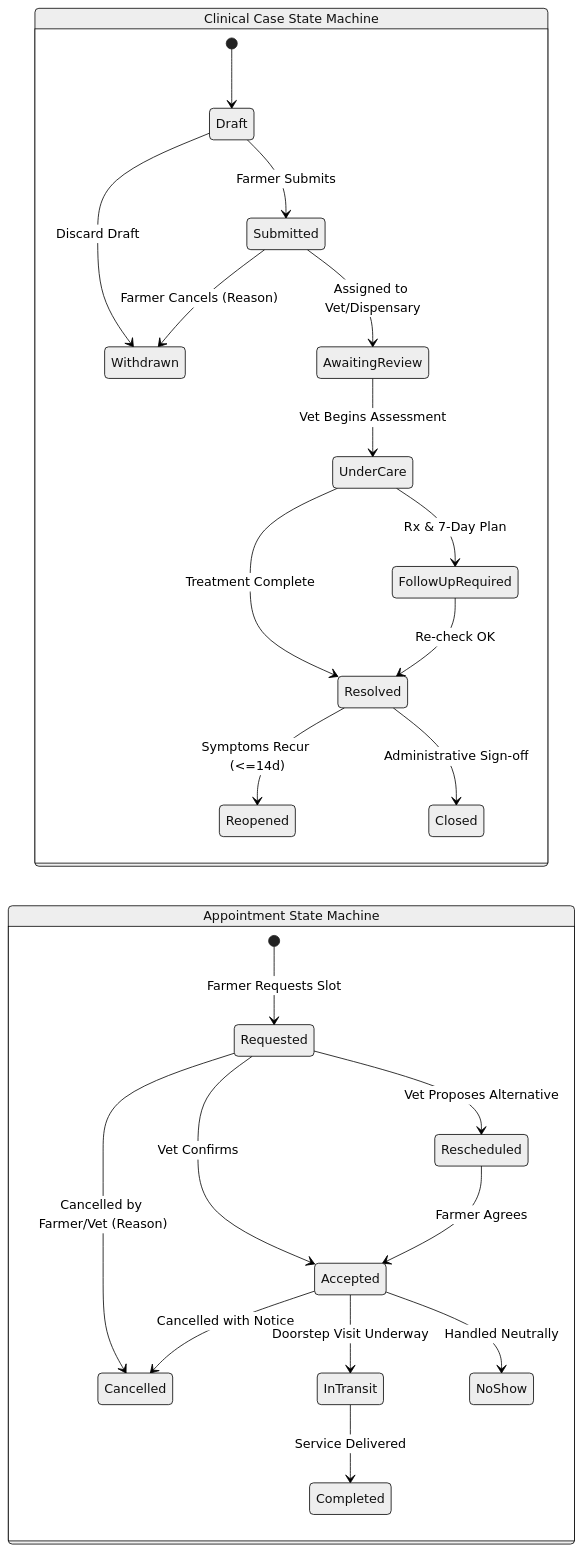
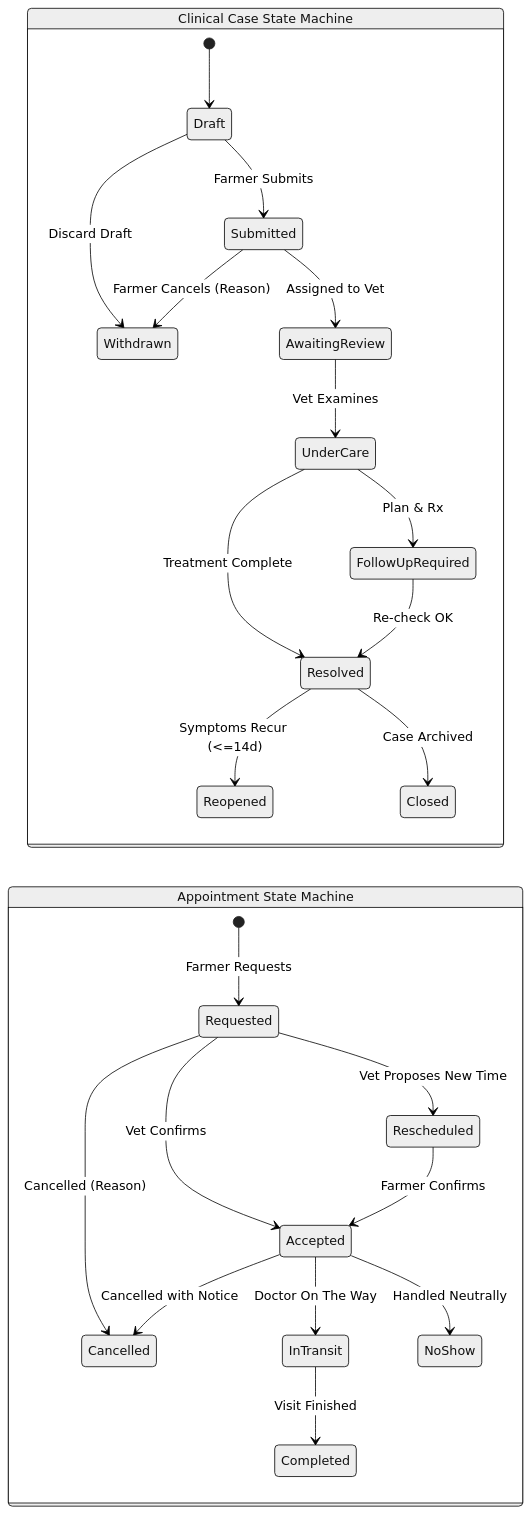
One commit to chetanbhagore/PashuSachet changed the second of 2 diagrams in plans.md. Above: the diagram before and after it, drawn with Mermaid (neutral theme). The commit also changed other lines of this file, not shown here.

````diff
--- a/plans.md
+++ b/plans.md
@@ -108,30 +177,30 @@
 ```mermaid
 stateDiagram-v2
     direction LR
 
     state "Clinical Case State Machine" as CaseSM {
         [*] --> Draft
         Draft --> Submitted : Farmer Submits
         Draft --> Withdrawn : Discard Draft
-        Submitted --> AwaitingReview : Assigned to Vet/Dispensary
+        Submitted --> AwaitingReview : Assigned to Vet
         Submitted --> Withdrawn : Farmer Cancels (Reason)
-        AwaitingReview --> UnderCare : Vet Begins Assessment
-        UnderCare --> FollowUpRequired : Rx & 7-Day Plan
+        AwaitingReview --> UnderCare : Vet Examines
+        UnderCare --> FollowUpRequired : Plan & Rx
         UnderCare --> Resolved : Treatment Complete
         FollowUpRequired --> Resolved : Re-check OK
         Resolved --> Reopened : Symptoms Recur (<=14d)
-        Resolved --> Closed : Administrative Sign-off
+        Resolved --> Closed : Case Archived
     }
 
     state "Appointment State Machine" as ApptSM {
-        [*] --> Requested : Farmer Requests Slot
+        [*] --> Requested : Farmer Requests
         Requested --> Accepted : Vet Confirms
-        Requested --> Rescheduled : Vet Proposes Alternative
-        Rescheduled --> Accepted : Farmer Agrees
-        Requested --> Cancelled : Cancelled by Farmer/Vet (Reason)
+        Requested --> Rescheduled : Vet Proposes New Time
+        Rescheduled --> Accepted : Farmer Confirms
+        Requested --> Cancelled : Cancelled (Reason)
         Accepted --> Cancelled : Cancelled with Notice
-        Accepted --> InTransit : Doorstep Visit Underway
-        InTransit --> Completed : Service Delivered
+        Accepted --> InTransit : Doctor On The Way
+        InTransit --> Completed : Visit Finished
         Accepted --> NoShow : Handled Neutrally
     }
 ```
````
